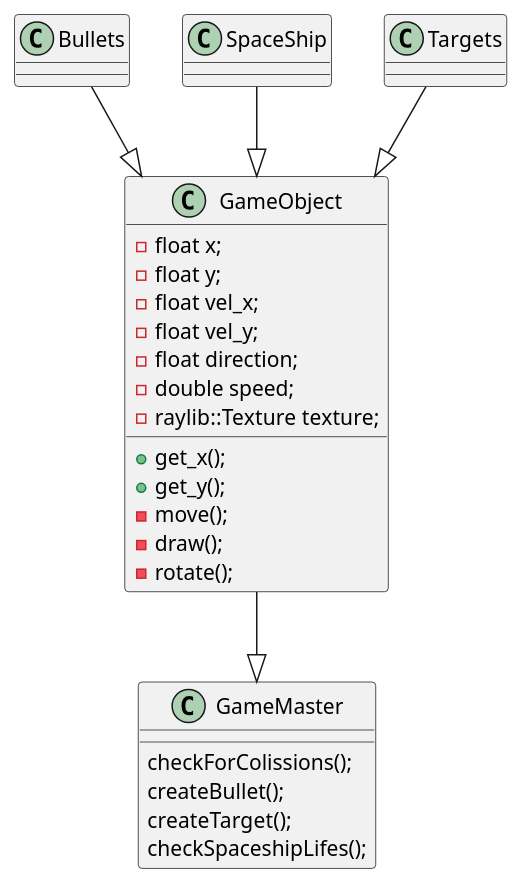
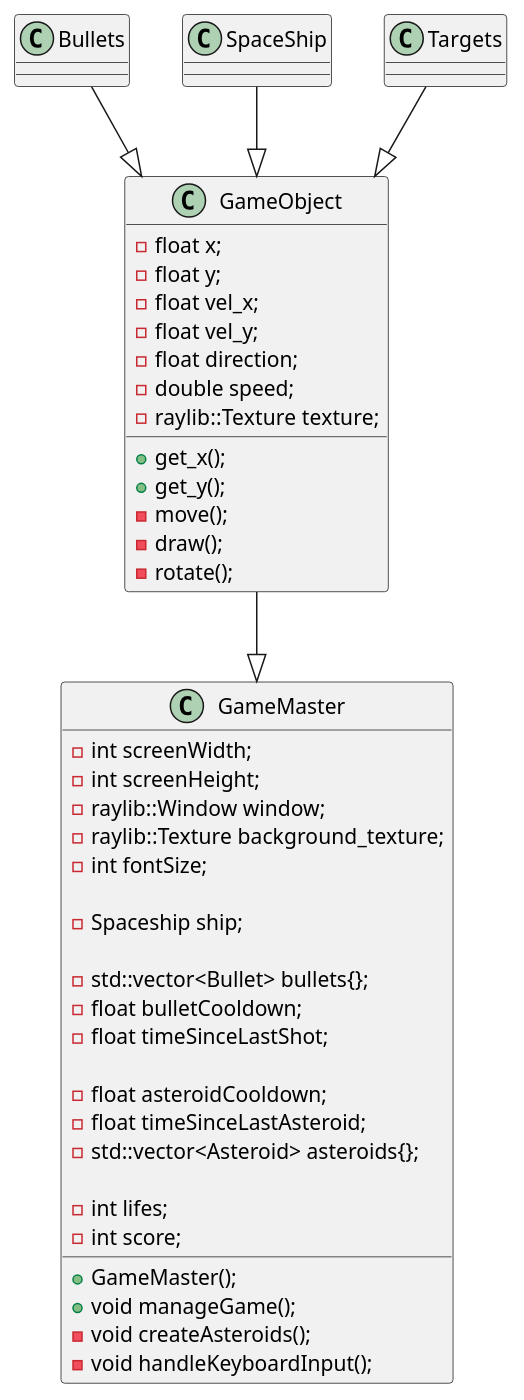
One commit to seymenas/ProgBAsteroids changed the diagram in uml.puml. Above: the diagram before and after it, drawn with PlantUML.

Commit message:
Updated uml partly

```diff
--- a/uml.puml
+++ b/uml.puml
@@ -1,41 +1,60 @@
 @startuml
 
 class GameMaster {
-    checkForColissions();
-    createBullet();
-    createTarget();
-    checkSpaceshipLifes();
+    -int screenWidth;
+    -int screenHeight;
+    -raylib::Window window;
+    -raylib::Texture background_texture;
+    -int fontSize;
+
+    -Spaceship ship;
+
+    -std::vector<Bullet> bullets{};
+    -float bulletCooldown;
+    -float timeSinceLastShot;
+
+    -float asteroidCooldown;
+    -float timeSinceLastAsteroid;
+    -std::vector<Asteroid> asteroids{};
+
+    -int lifes;
+    -int score;
+
+    +GameMaster();
+    +void manageGame();
+    -void createAsteroids();
+    -void handleKeyboardInput();
 }
 
 class GameObject {
     -float x;
     -float y;
     -float vel_x;
     -float vel_y;
     -float direction;
     -double speed;
     -raylib::Texture texture;
     +get_x();
     +get_y();
     -move();
     -draw();
     -rotate();
 }
 
 class Bullets {
 }
 
 class SpaceShip {
 }
 
 class Targets {
 }
 
 
 SpaceShip --|> GameObject
 Targets --|> GameObject
 Bullets --|> GameObject
 
 GameObject --|> GameMaster
 
 @enduml
```
